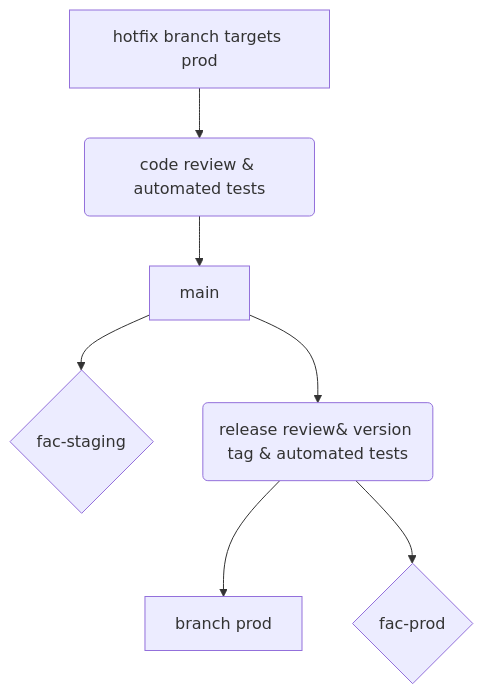
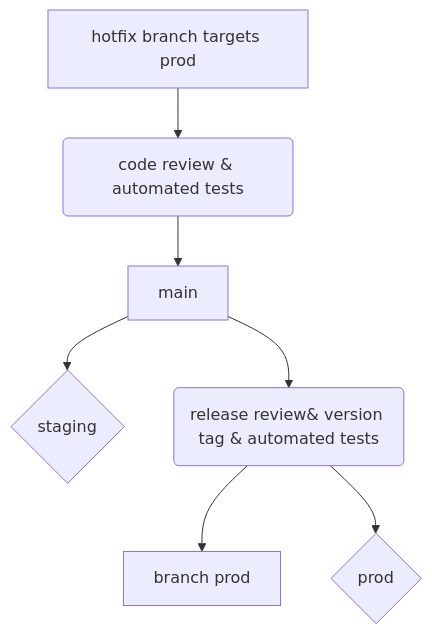
One commit to GSA-TTS/FAC changed the second of 3 diagrams in docs/branching.md. Above: the diagram before and after it, drawn with Mermaid. The commit also changed other lines of this file and 6 other files, not shown here.

````diff
--- a/docs/branching.md
+++ b/docs/branching.md
@@ -61,9 +62,9 @@
 ```mermaid
 graph TD
     A[hotfix branch targets prod] --> PA
     PA(code review & automated tests) --> BA[main]
-    BA --> EA{fac-staging}
+    BA --> EA{staging}
     BA --> PB(release review& version tag & automated tests)
     PB --> BB[branch prod]
-    PB --> EB{fac-prod}
+    PB --> EB{prod}
 ```
````
